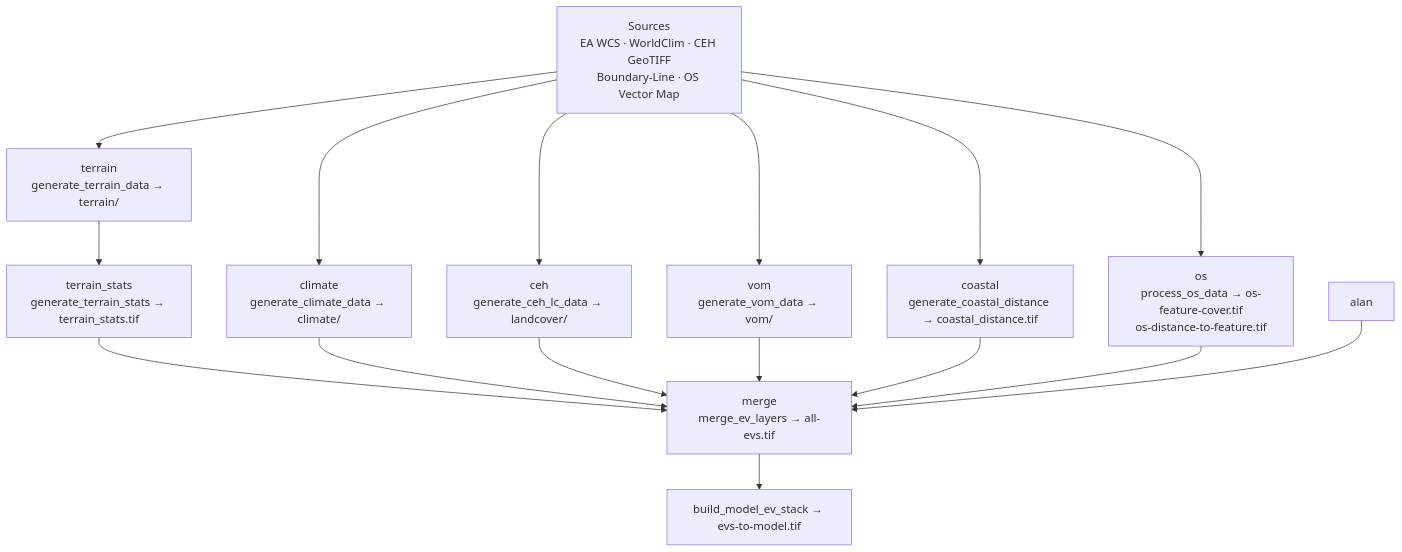
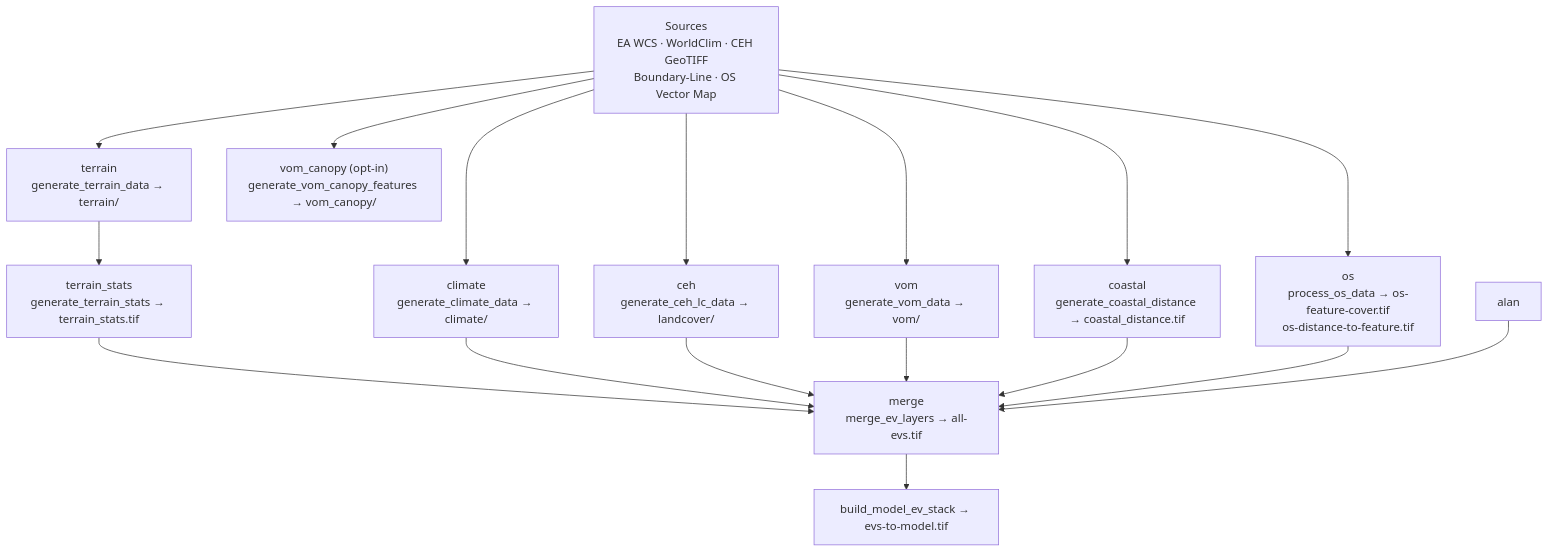
Before and after one commit to MatthewJWhittle/shefflied-bats: the diagram in docs/rebuild-ev-layers.md, drawn with Mermaid. The commit also changed other lines of this file and 48 other files, not shown here.

First line of the commit message:
Stage-one EA VOM canopy feature blocks (1 m source only; no CEH/OS).

````diff
--- a/docs/rebuild-ev-layers.md
+++ b/docs/rebuild-ev-layers.md
@@ -40,28 +42,30 @@
 ```mermaid
 flowchart TD
   sources["Sources<br/>EA WCS · WorldClim · CEH GeoTIFF<br/>Boundary-Line · OS Vector Map"]
   terrain["terrain<br/>generate_terrain_data → terrain/"]
   terrain_stats["terrain_stats<br/>generate_terrain_stats → terrain_stats.tif"]
   climate["climate<br/>generate_climate_data → climate/"]
   ceh["ceh<br/>generate_ceh_lc_data → landcover/"]
   vom["vom<br/>generate_vom_data → vom/"]
+  vom_canopy["vom_canopy (opt-in)<br/>generate_vom_canopy_features → vom_canopy/"]
   coastal["coastal<br/>generate_coastal_distance → coastal_distance.tif"]
   os["os<br/>process_os_data → os-feature-cover.tif<br/>os-distance-to-feature.tif"]
   merge["merge<br/>merge_ev_layers → all-evs.tif"]
   stack["build_model_ev_stack → evs-to-model.tif"]
 
   sources --> terrain --> terrain_stats
   sources --> climate
   sources --> ceh
   sources --> vom
+  sources --> vom_canopy
   sources --> coastal
   sources --> os
   terrain_stats --> merge
   climate --> merge
   ceh --> merge
   vom --> merge
   coastal --> merge
   os --> merge
   alan --> merge
   merge --> stack
 ```
````
